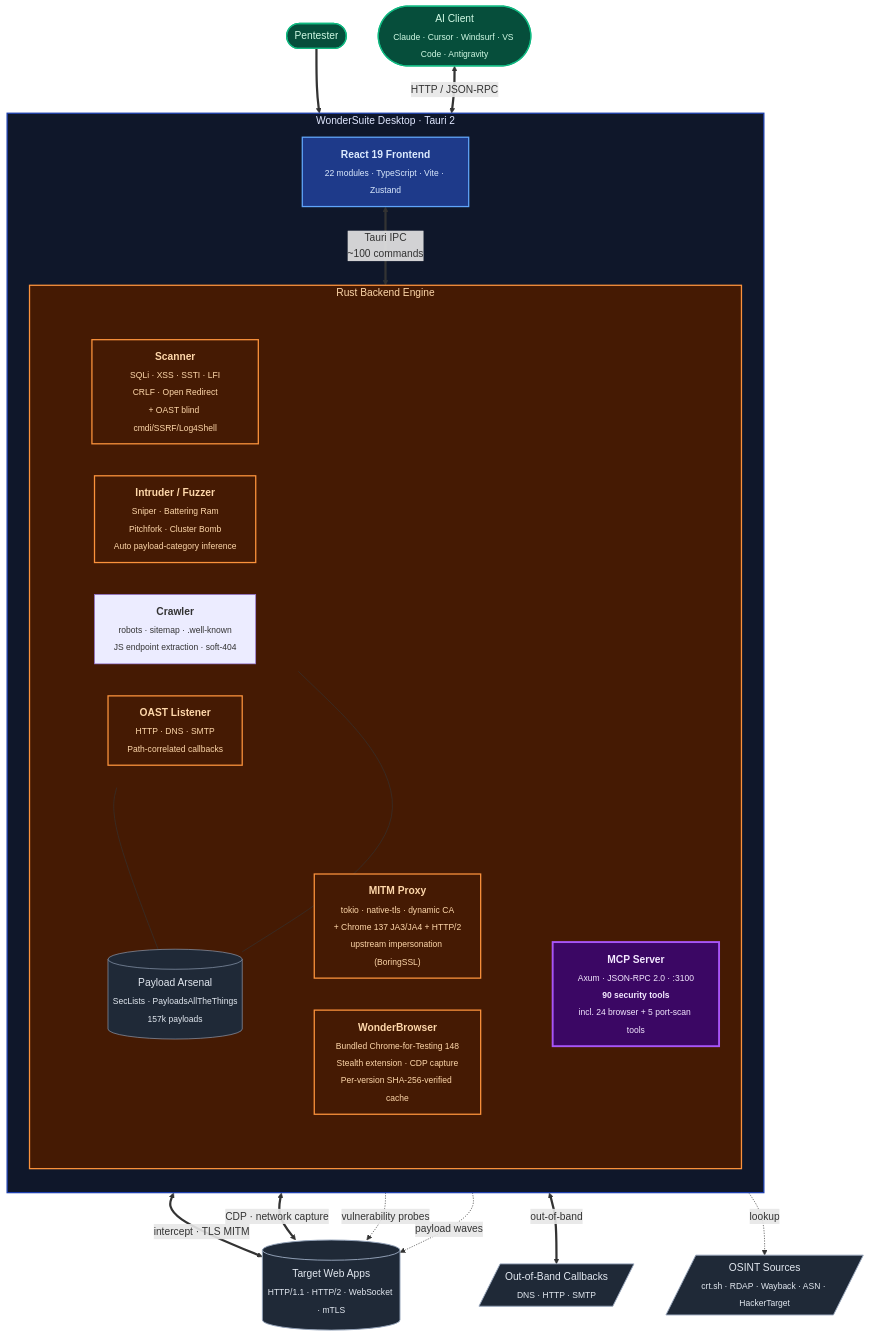
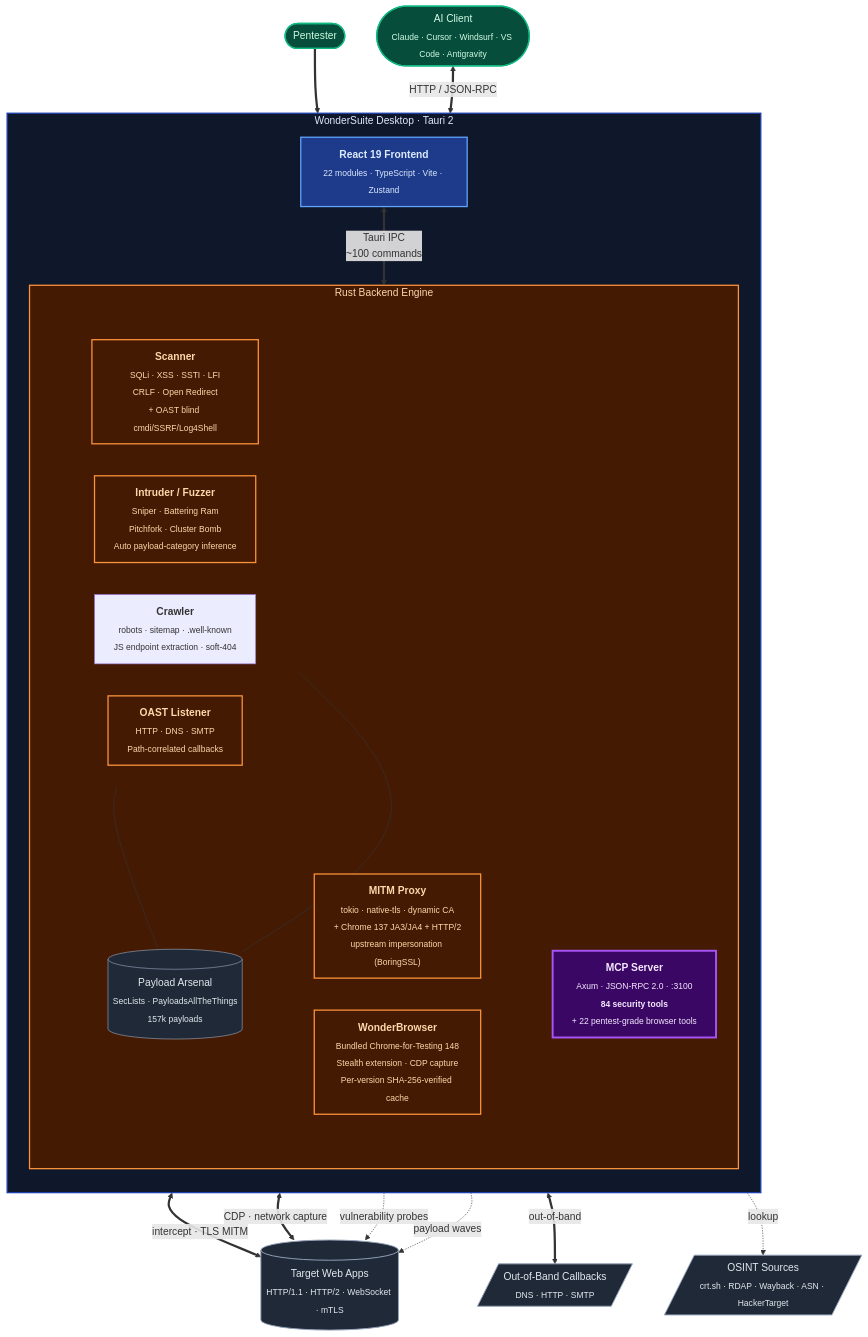
One commit to sfr-development/WonderSuite-Ai-Bug-Bounty changed the diagram in README.md. Above: the diagram before and after it, drawn with Mermaid. The commit also changed other lines of this file and 138 other files, not shown here.

````diff
--- a/README.md
+++ b/README.md
@@ -359,69 +181,69 @@
 ```mermaid
 flowchart TB
     pentester(["Pentester"])
     ai(["AI Client<br/><sub>Claude · Cursor · Windsurf · VS Code · Antigravity</sub>"])
 
     subgraph DT["WonderSuite Desktop · Tauri 2"]
         direction TB
 
         FE["<b>React 19 Frontend</b><br/><sub>22 modules · TypeScript · Vite · Zustand</sub>"]
 
         FE <==>|"Tauri IPC<br/>~100 commands"| BE
 
         subgraph BE["Rust Backend Engine"]
             direction TB
 
             subgraph CORE[" "]
                 direction LR
                 Proxy["<b>MITM Proxy</b><br/><sub>tokio · native-tls · dynamic CA<br/>+ Chrome 137 JA3/JA4 + HTTP/2<br/>upstream impersonation (BoringSSL)</sub>"]
                 Browser["<b>WonderBrowser</b><br/><sub>Bundled Chrome-for-Testing 148<br/>Stealth extension · CDP capture<br/>Per-version SHA-256-verified cache</sub>"]
             end
 
             subgraph TOOLS[" "]
                 direction LR
                 Scanner["<b>Scanner</b><br/><sub>SQLi · XSS · SSTI · LFI<br/>CRLF · Open Redirect<br/>+ OAST blind cmdi/SSRF/Log4Shell</sub>"]
                 Intruder["<b>Intruder / Fuzzer</b><br/><sub>Sniper · Battering Ram<br/>Pitchfork · Cluster Bomb<br/>Auto payload-category inference</sub>"]
                 Crawler["<b>Crawler</b><br/><sub>robots · sitemap · .well-known<br/>JS endpoint extraction · soft-404</sub>"]
                 OAST["<b>OAST Listener</b><br/><sub>HTTP · DNS · SMTP<br/>Path-correlated callbacks</sub>"]
             end
 
-            MCP["<b>MCP Server</b><br/><sub>Axum · JSON-RPC 2.0 · :3100<br/><b>90 security tools</b><br/>incl. 24 browser + 5 port-scan tools</sub>"]
+            MCP["<b>MCP Server</b><br/><sub>Axum · JSON-RPC 2.0 · :3100<br/><b>84 security tools</b><br/>+ 22 pentest-grade browser tools</sub>"]
 
             Payloads[("Payload Arsenal<br/><sub>SecLists · PayloadsAllTheThings<br/>157k payloads</sub>")]
         end
     end
 
     target[("Target Web Apps<br/><sub>HTTP/1.1 · HTTP/2 · WebSocket · mTLS</sub>")]
     osint[/"OSINT Sources<br/><sub>crt.sh · RDAP · Wayback · ASN · HackerTarget</sub>"/]
     callbacks[/"Out-of-Band Callbacks<br/><sub>DNS · HTTP · SMTP</sub>"/]
 
     pentester ==> FE
     ai <==>|"HTTP / JSON-RPC"| MCP
 
     Proxy <==>|"intercept · TLS MITM"| target
     Browser <==>|"CDP · network capture"| target
     Scanner -.->|"vulnerability probes"| target
     Intruder -.->|"payload waves"| target
     OAST <==>|"out-of-band"| callbacks
     MCP -.->|"lookup"| osint
     Scanner --- Payloads
     Intruder --- Payloads
 
     classDef person fill:#064e3b,stroke:#10b981,stroke-width:2px,color:#d1fae5
     classDef desktop fill:#0f172a,stroke:#1e40af,stroke-width:2px,color:#e0e7ff
     classDef frontend fill:#1e3a8a,stroke:#60a5fa,stroke-width:2px,color:#dbeafe
     classDef engine fill:#451a03,stroke:#fb923c,stroke-width:2px,color:#fed7aa
     classDef mcp fill:#3b0764,stroke:#a855f7,stroke-width:3px,color:#f3e8ff
     classDef payload fill:#1f2937,stroke:#94a3b8,stroke-width:1px,color:#e2e8f0
     classDef external fill:#1f2937,stroke:#94a3b8,stroke-width:1.5px,color:#e2e8f0
     classDef hidden fill:transparent,stroke:transparent
 
     class pentester,ai person
     class DT desktop
     class FE frontend
     class BE,Proxy,Browser,Scanner,Intruder,OAST engine
     class MCP mcp
     class Payloads payload
     class target,osint,callbacks external
     class CORE,TOOLS hidden
 ```
````
